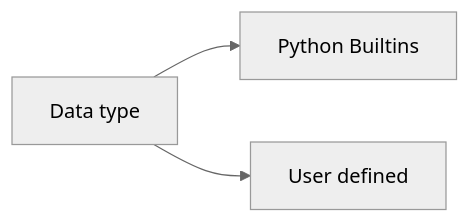
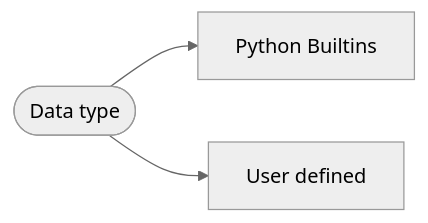
One commit to jwang1122/python1 changed the third of 6 diagrams in doc/python.md. Above: the diagram before and after it, drawn with Mermaid (neutral theme). The commit also changed other lines of this file and 4 other files, not shown here.

````diff
--- a/doc/python.md
+++ b/doc/python.md
@@ -245,7 +246,7 @@
 ```mermaid
 graph LR
-A[Data type]
+A([Data type])
 B[Python Builtins]
 C[User defined]
 A-->B & C
 ```
````
